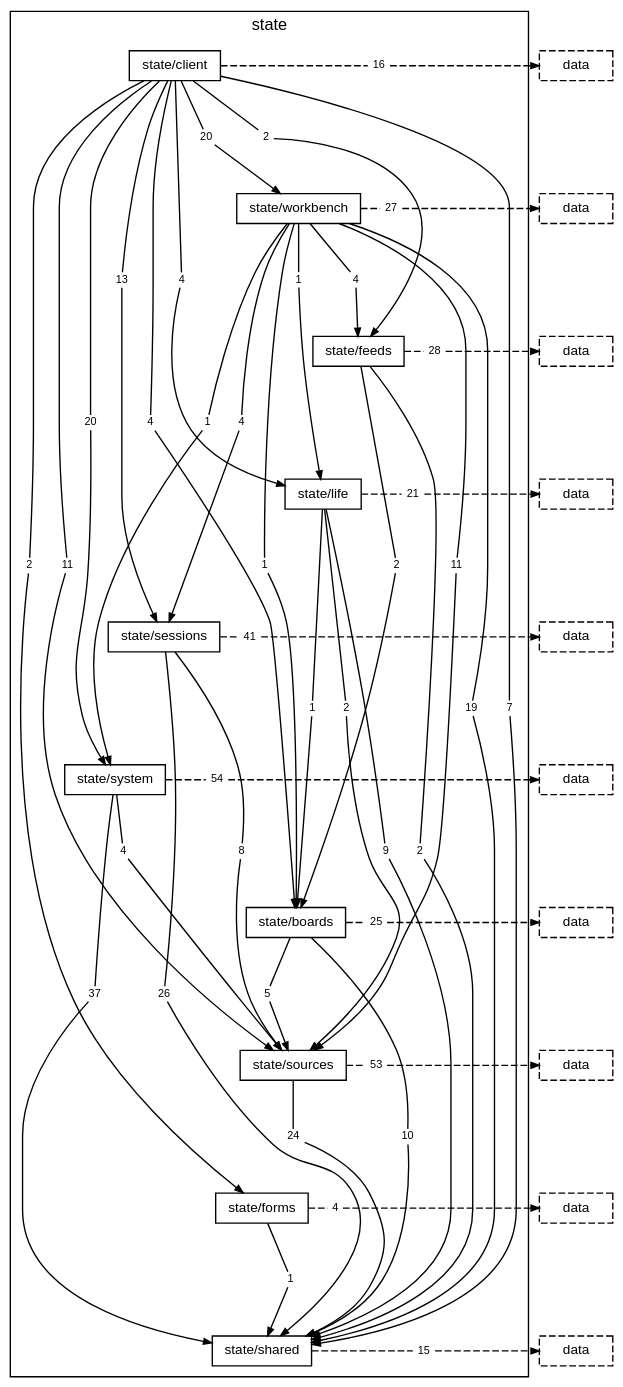
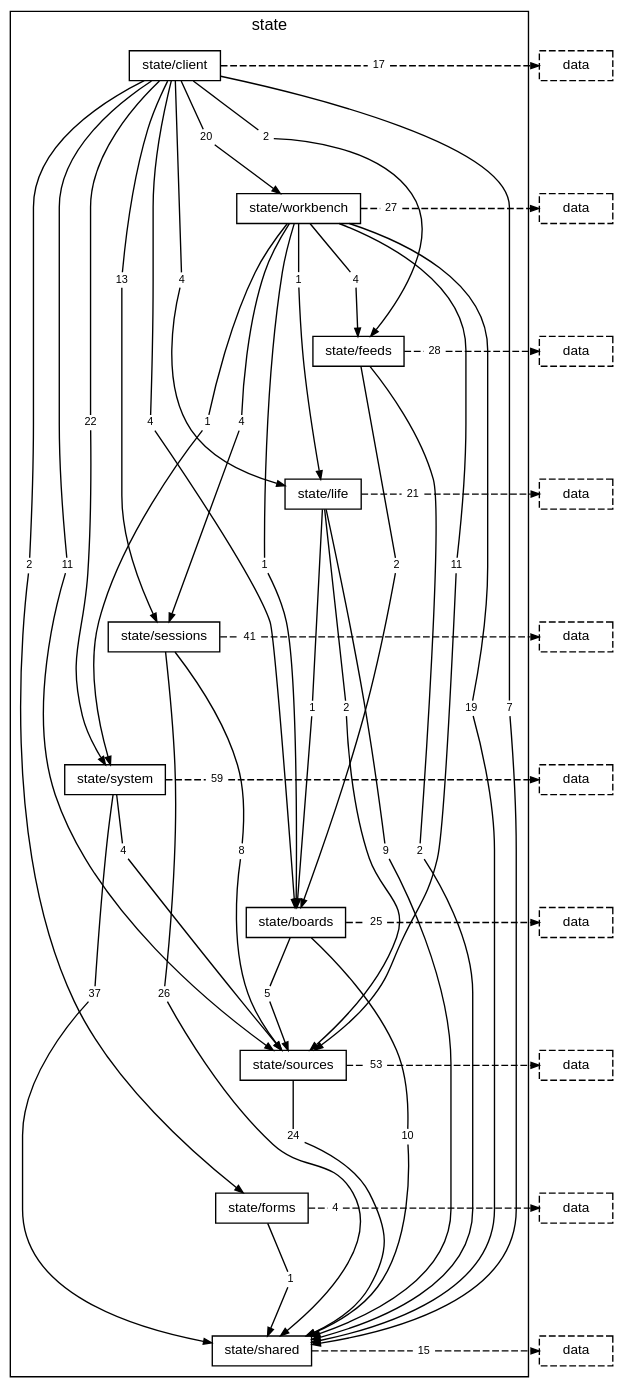
Before and after one commit to TheAxeC/oculus: the diagram in docs/diagrams/layer-state.dot, drawn with Graphviz. The commit also changed 108 other files, not shown here.

```diff
--- a/docs/diagrams/layer-state.dot
+++ b/docs/diagrams/layer-state.dot
@@ -21,9 +21,9 @@
         "folder state/client to folder state/sessions" [label="13", shape=box, color="transparent", fontsize=8, width=0, height=0, margin="0.04,0.02"];
         "folder state/client to folder state/shared" [label="7", shape=box, color="transparent", fontsize=8, width=0, height=0, margin="0.04,0.02"];
         "folder state/client to folder state/sources" [label="11", shape=box, color="transparent", fontsize=8, width=0, height=0, margin="0.04,0.02"];
-        "folder state/client to folder state/system" [label="20", shape=box, color="transparent", fontsize=8, width=0, height=0, margin="0.04,0.02"];
+        "folder state/client to folder state/system" [label="22", shape=box, color="transparent", fontsize=8, width=0, height=0, margin="0.04,0.02"];
         "folder state/client to folder state/workbench" [label="20", shape=box, color="transparent", fontsize=8, width=0, height=0, margin="0.04,0.02"];
-        "folder state/client to layer data" [label="16", shape=box, color="transparent", fontsize=8, width=0, height=0, margin="0.04,0.02"];
+        "folder state/client to layer data" [label="17", shape=box, color="transparent", fontsize=8, width=0, height=0, margin="0.04,0.02"];
         "folder state/workbench to folder state/boards" [label="1", shape=box, color="transparent", fontsize=8, width=0, height=0, margin="0.04,0.02"];
         "folder state/workbench to folder state/feeds" [label="4", shape=box, color="transparent", fontsize=8, width=0, height=0, margin="0.04,0.02"];
         "folder state/workbench to folder state/life" [label="1", shape=box, color="transparent", fontsize=8, width=0, height=0, margin="0.04,0.02"];
@@ -44,7 +44,7 @@
         "folder state/sessions to layer data" [label="41", shape=box, color="transparent", fontsize=8, width=0, height=0, margin="0.04,0.02"];
         "folder state/system to folder state/shared" [label="37", shape=box, color="transparent", fontsize=8, width=0, height=0, margin="0.04,0.02"];
         "folder state/system to folder state/sources" [label="4", shape=box, color="transparent", fontsize=8, width=0, height=0, margin="0.04,0.02"];
-        "folder state/system to layer data" [label="54", shape=box, color="transparent", fontsize=8, width=0, height=0, margin="0.04,0.02"];
+        "folder state/system to layer data" [label="59", shape=box, color="transparent", fontsize=8, width=0, height=0, margin="0.04,0.02"];
         "folder state/boards to folder state/shared" [label="10", shape=box, color="transparent", fontsize=8, width=0, height=0, margin="0.04,0.02"];
         "folder state/boards to folder state/sources" [label="5", shape=box, color="transparent", fontsize=8, width=0, height=0, margin="0.04,0.02"];
         "folder state/boards to layer data" [label="25", shape=box, color="transparent", fontsize=8, width=0, height=0, margin="0.04,0.02"];
```
